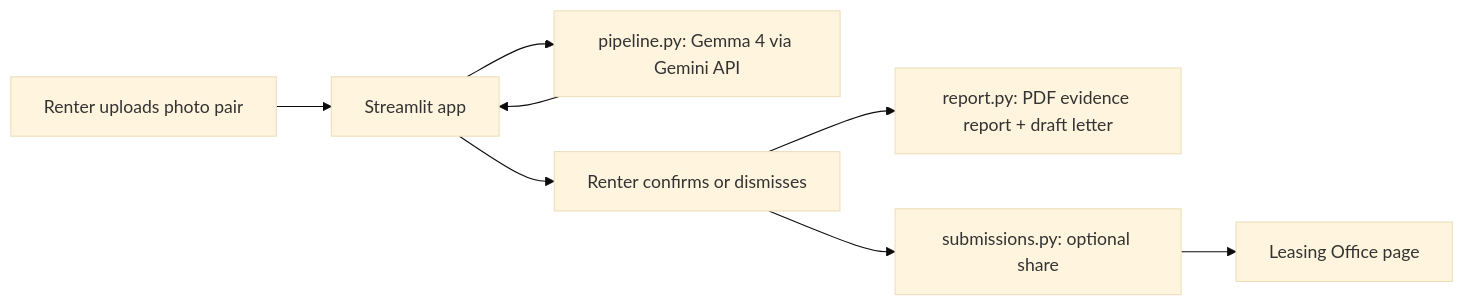
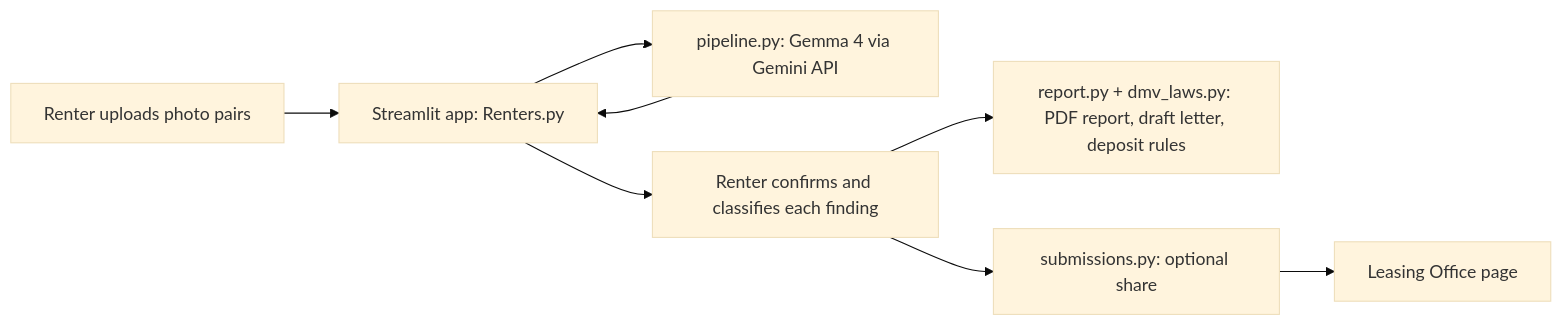
Before and after one commit to narxalotl/GDG-Hackathon: the diagram in README.md, drawn with Mermaid (base theme). The commit also changed other lines of this file, not shown here.

````diff
--- a/README.md
+++ b/README.md
@@ -70,10 +70,10 @@
 ```mermaid
 flowchart LR
-    A[Renter uploads photo pair] --> B[Streamlit app]
+    A[Renter uploads photo pairs] --> B[Streamlit app: Renters.py]
     B --> C[pipeline.py: Gemma 4 via Gemini API]
     C --> B
-    B --> D[Renter confirms or dismisses]
-    D --> E[report.py: PDF evidence report + draft letter]
+    B --> D[Renter confirms and classifies each finding]
+    D --> E[report.py + dmv_laws.py: PDF report, draft letter, deposit rules]
     D --> F[submissions.py: optional share]
     F --> G[Leasing Office page]
 ```
````
